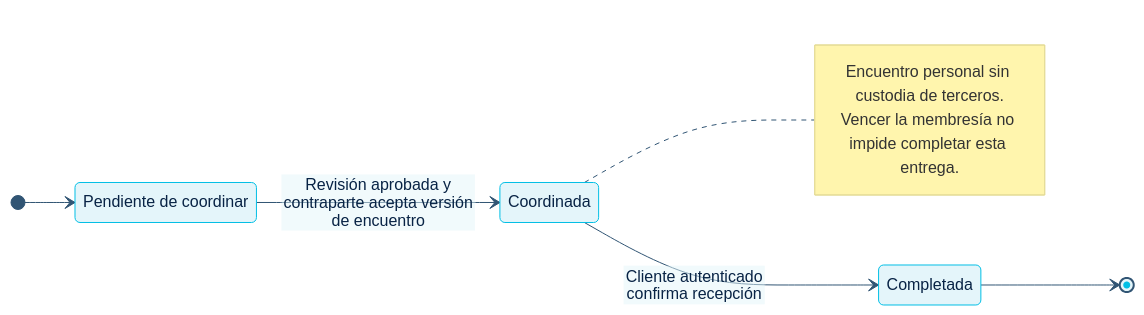
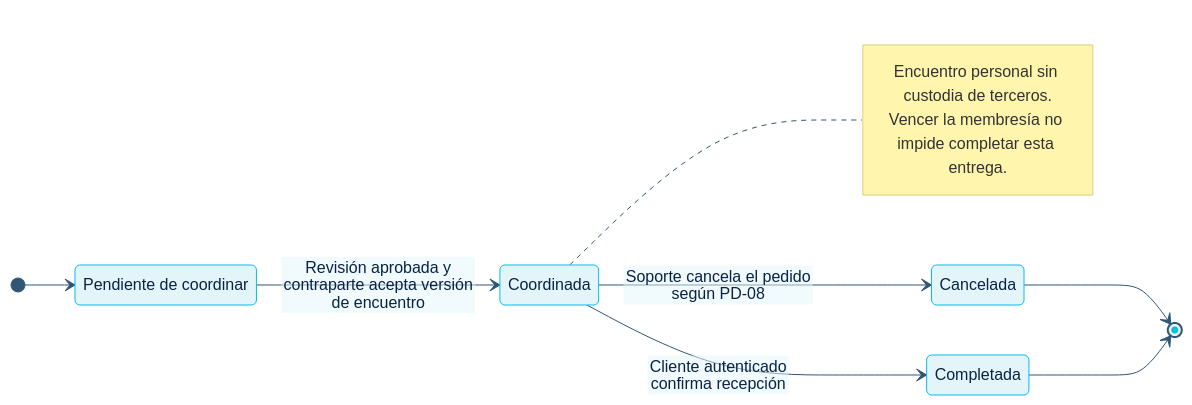
The diagram in public/documentos/e91a1c54d94b-estados-entrega.mmd (chill0101/3daltoque-docs), drawn with Mermaid before and after one commit. The commit also changed 103 other files, not shown here.

```diff
--- a/public/documentos/e91a1c54d94b-estados-entrega.mmd
+++ b/public/documentos/e91a1c54d94b-estados-entrega.mmd
@@ -1,14 +1,17 @@
 %%{init: {"theme":"base","themeVariables":{"primaryColor":"#E4F5FA","primaryTextColor":"#082345","primaryBorderColor":"#00BFE5","lineColor":"#315574","secondaryColor":"#F5F8FC","tertiaryColor":"#FFFFFF","fontFamily":"Manrope, sans-serif"},"flowchart":{"htmlLabels":false},"class":{"htmlLabels":false}}}%%
 stateDiagram-v2
   direction LR
   state "Pendiente de coordinar" as pendiente
   state "Coordinada" as coordinada
   state "Completada" as completada
+  state "Cancelada" as cancelada
   [*] --> pendiente
   pendiente --> coordinada: Revisión aprobada y contraparte acepta versión de encuentro
   coordinada --> completada: Cliente autenticado confirma recepción
+  coordinada --> cancelada: Soporte cancela el pedido según PD-08
+  cancelada --> [*]
   completada --> [*]
   note right of coordinada
     Encuentro personal sin custodia de terceros.
     Vencer la membresía no impide completar esta entrega.
   end note
```
